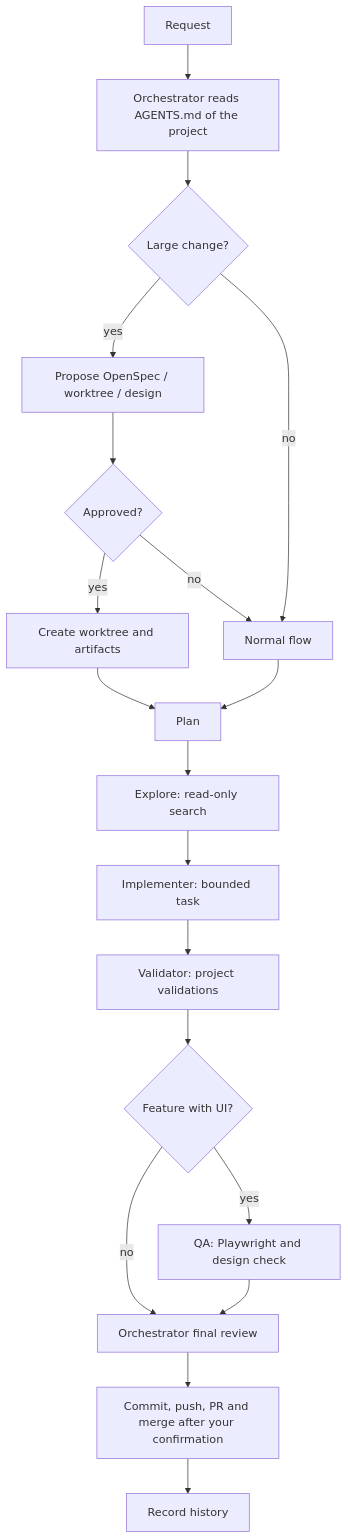
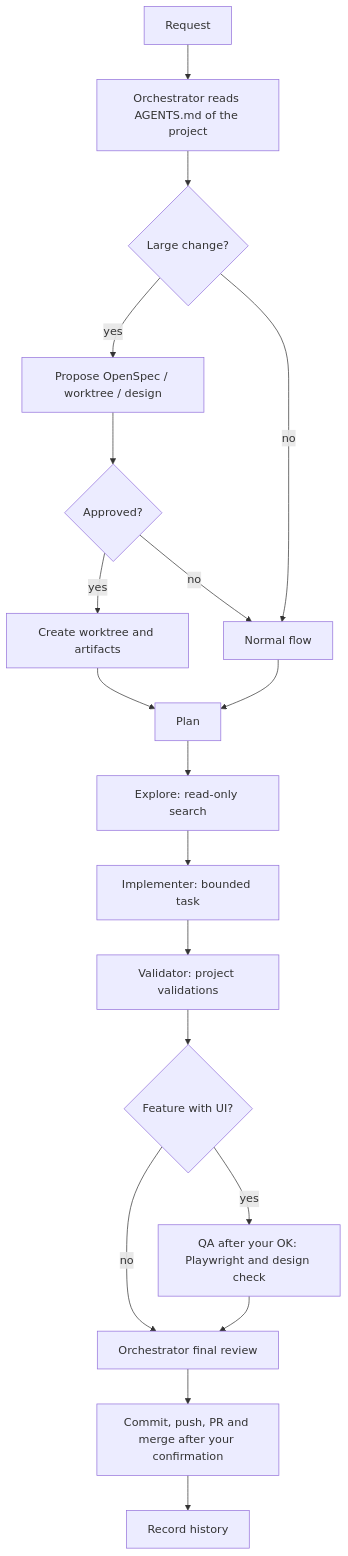
Before and after one commit to Jgonaz/jdev-ai: the diagram in README.md, drawn with Mermaid. The commit also changed 3 other files, not shown here.

````diff
--- a/README.md
+++ b/README.md
@@ -44,21 +44,21 @@
 ```mermaid
 flowchart TD
     A[Request] --> B[Orchestrator reads AGENTS.md of the project]
     B --> C{Large change?}
     C -- yes --> D[Propose OpenSpec / worktree / design]
     D --> E{Approved?}
     E -- yes --> F[Create worktree and artifacts]
     E -- no --> G[Normal flow]
     C -- no --> G
     F --> H[Plan]
     G --> H
     H --> I[Explore: read-only search]
     I --> J[Implementer: bounded task]
     J --> K[Validator: project validations]
     K --> L{Feature with UI?}
-    L -- yes --> M[QA: Playwright and design check]
+    L -- yes --> M[QA after your OK: Playwright and design check]
     L -- no --> N[Orchestrator final review]
     M --> N
     N --> O[Commit, push, PR and merge after your confirmation]
     O --> P[Record history]
 ```
````
